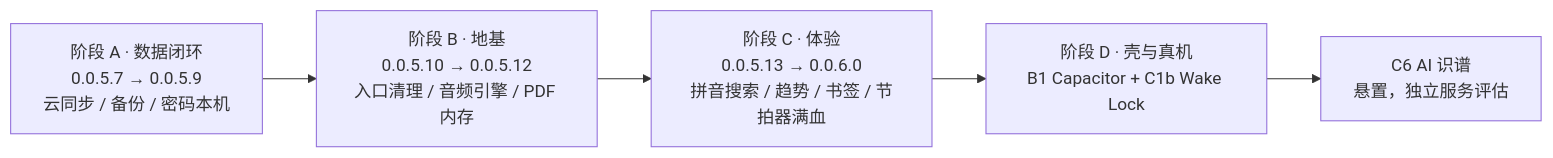
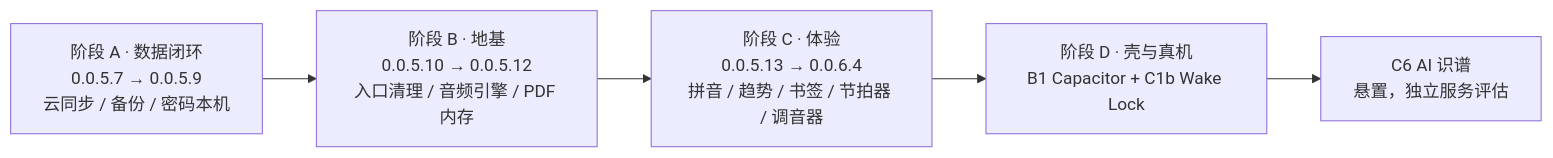
One commit to moanet/Guitar-Shell changed the diagram in README.md. Above: the diagram before and after it, drawn with Mermaid. The commit also changed other lines of this file and 5 other files, not shown here.

````diff
--- a/README.md
+++ b/README.md
@@ -53,7 +61,7 @@
 ```mermaid
 flowchart LR
   A["阶段 A · 数据闭环<br/>0.0.5.7 → 0.0.5.9<br/>云同步 / 备份 / 密码本机"] --> B["阶段 B · 地基<br/>0.0.5.10 → 0.0.5.12<br/>入口清理 / 音频引擎 / PDF 内存"]
-  B --> C["阶段 C · 体验<br/>0.0.5.13 → 0.0.6.0<br/>拼音搜索 / 趋势 / 书签 / 节拍器满血"]
+  B --> C["阶段 C · 体验<br/>0.0.5.13 → 0.0.6.4<br/>拼音 / 趋势 / 书签 / 节拍器 / 调音器"]
   C --> D["阶段 D · 壳与真机<br/>B1 Capacitor + C1b Wake Lock"]
   D --> E["C6 AI 识谱<br/>悬置，独立服务评估"]
 ```
````
